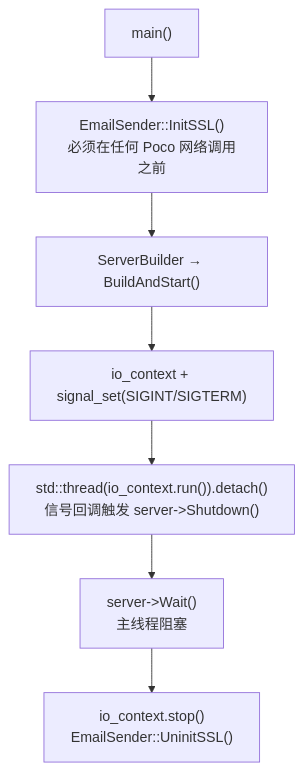
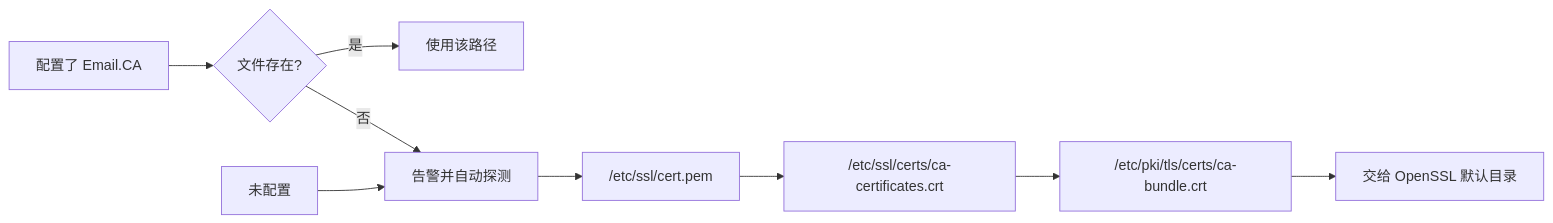
Before and after one commit to yrc920/yunjian: the second of 2 diagrams in docs/10-verify-server.md, drawn with Mermaid. The commit also changed other lines of this file and 49 other files, not shown here.

````diff
--- a/docs/10-verify-server.md
+++ b/docs/10-verify-server.md
@@ -122,9 +58,11 @@
 ```mermaid
-flowchart TB
-    A["main()"] --> B["EmailSender::InitSSL()<br/>必须在任何 Poco 网络调用之前"]
-    B --> C["ServerBuilder → BuildAndStart()"]
-    C --> D["io_context + signal_set(SIGINT/SIGTERM)"]
-    D --> E["std::thread(io_context.run()).detach()<br/>信号回调触发 server->Shutdown()"]
-    E --> F["server->Wait()<br/>主线程阻塞"]
-    F --> G["io_context.stop()<br/>EmailSender::UninitSSL()"]
+flowchart LR
+    A["配置了 Email.CA"] --> B{"文件存在?"}
+    B -->|"是"| C["使用该路径"]
+    B -->|"否"| D["告警并自动探测"]
+    A2["未配置"] --> D
+    D --> E["/etc/ssl/cert.pem"]
+    E --> F["/etc/ssl/certs/ca-certificates.crt"]
+    F --> G["/etc/pki/tls/certs/ca-bundle.crt"]
+    G --> H["交给 OpenSSL 默认目录"]
 ```
````
